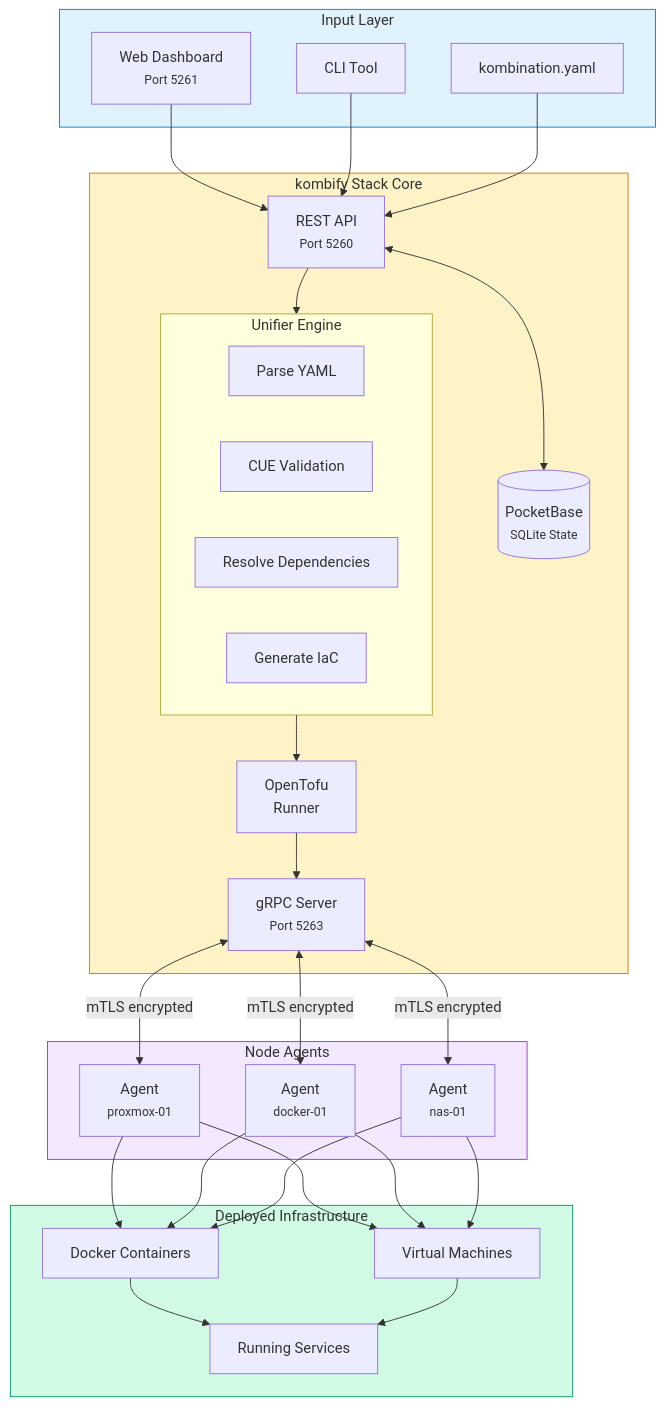
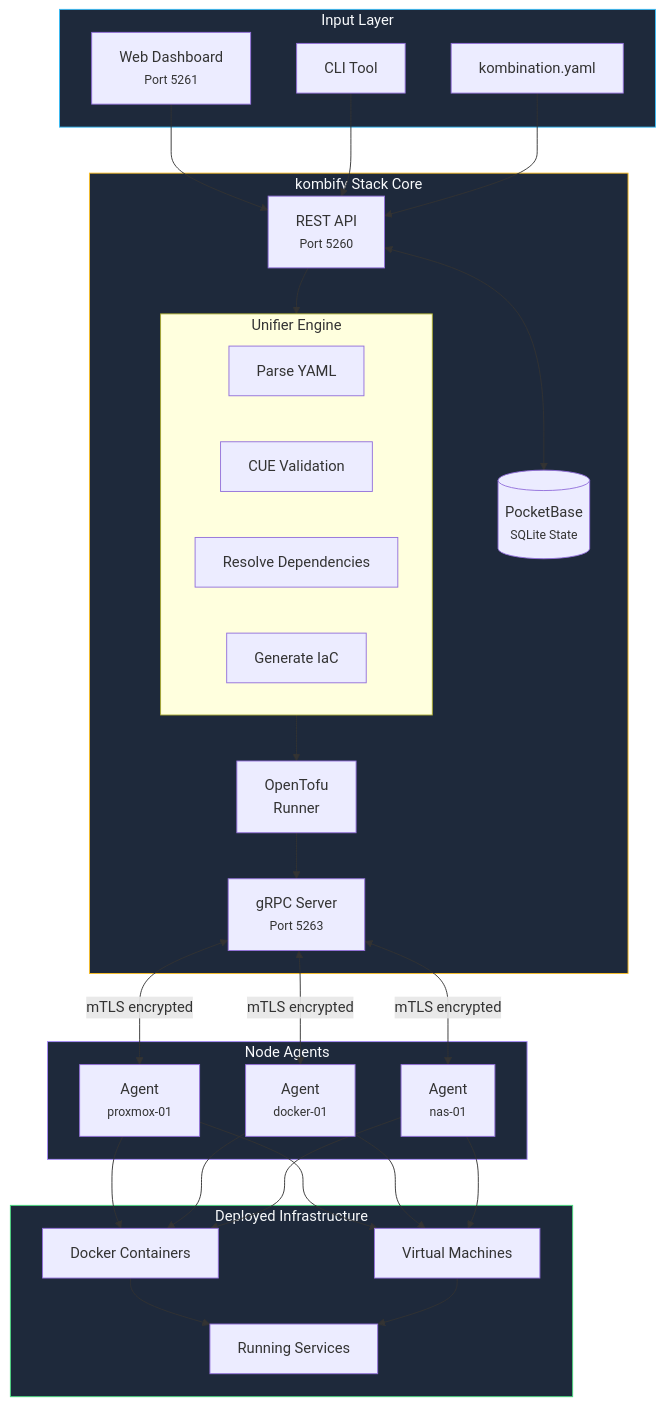
Before and after one commit to KombiverseLabs/docs: the second of 5 diagrams in stack/overview.mdx, drawn with Mermaid. The commit also changed other lines of this file and 33 other files, not shown here.

````diff
--- a/stack/overview.mdx
+++ b/stack/overview.mdx
@@ -105,50 +103,50 @@
 ```mermaid
 flowchart TB
     subgraph Input["Input Layer"]
         UI["Web Dashboard<br/><small>Port 5261</small>"]
         CLI["CLI Tool"]
         YAML["kombination.yaml"]
     end
 
     subgraph Core["kombify Stack Core"]
         API["REST API<br/><small>Port 5260</small>"]
         
         subgraph Unifier["Unifier Engine"]
             Parse["Parse YAML"]
             Validate["CUE Validation"]
             Resolve["Resolve Dependencies"]
             Generate["Generate IaC"]
         end
         
         PB[("PocketBase<br/><small>SQLite State</small>")]
         gRPC["gRPC Server<br/><small>Port 5263</small>"]
         ToFu["OpenTofu<br/>Runner"]
     end
 
     subgraph Agents["Node Agents"]
         A1["Agent<br/><small>proxmox-01</small>"]
         A2["Agent<br/><small>docker-01</small>"]
         A3["Agent<br/><small>nas-01</small>"]
     end
 
     subgraph Infra["Deployed Infrastructure"]
         Docker["Docker Containers"]
         VMs["Virtual Machines"]
         Services["Running Services"]
     end
 
     UI & CLI --> API
     YAML --> API
     API --> Unifier
     API <--> PB
     Unifier --> ToFu
     ToFu --> gRPC
     gRPC <-->|"mTLS encrypted"| A1 & A2 & A3
     A1 & A2 & A3 --> Docker & VMs
     Docker & VMs --> Services
 
-    style Input fill:#e0f2fe,stroke:#0284c7
-    style Core fill:#fef3c7,stroke:#d97706
-    style Agents fill:#f3e8ff,stroke:#9333ea
-    style Infra fill:#d1fae5,stroke:#059669
+    style Input fill:#1e293b,stroke:#38bdf8,color:#f8fafc
+    style Core fill:#1e293b,stroke:#fbbf24,color:#f8fafc
+    style Agents fill:#1e293b,stroke:#a78bfa,color:#f8fafc
+    style Infra fill:#1e293b,stroke:#4ade80,color:#f8fafc
 ```
````
